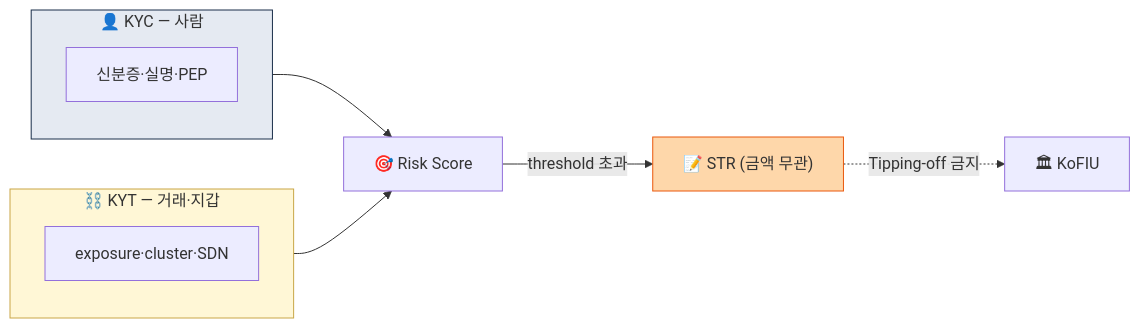
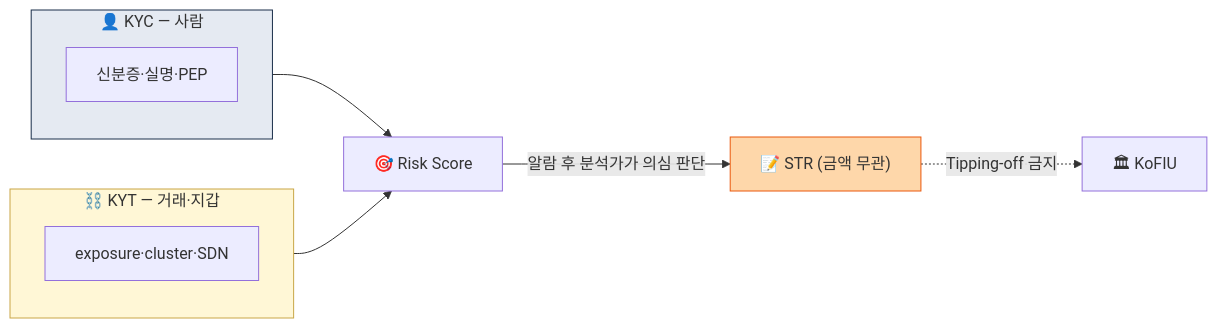
The first of 2 diagrams in curriculum/day_04.md (lala-david/aml-notes), drawn with Mermaid before and after one commit. The commit also changed other lines of this file and 233 other files, not shown here.

````diff
--- a/curriculum/day_04.md
+++ b/curriculum/day_04.md
@@ -13,15 +13,15 @@
 ```mermaid
 flowchart LR
     subgraph KYC["👤 KYC — 사람"]
         KID["신분증·실명·PEP"]
     end
     subgraph KYT["⛓️ KYT — 거래·지갑"]
         KEX["exposure·cluster·SDN"]
     end
     KYC & KYT --> RE["🎯 Risk Score"]
-    RE -->|threshold 초과| STR["📝 STR (금액 무관)"]
+    RE -->|알람 후 분석가가 의심 판단| STR["📝 STR (금액 무관)"]
     STR -.Tipping-off 금지.-> FIU["🏛 KoFIU"]
     style KYC fill:#e5eaf2,stroke:#1a2e4a
     style KYT fill:#fff7d6,stroke:#c9a646
     style STR fill:#fed7aa,stroke:#ea580c
 ```
````
